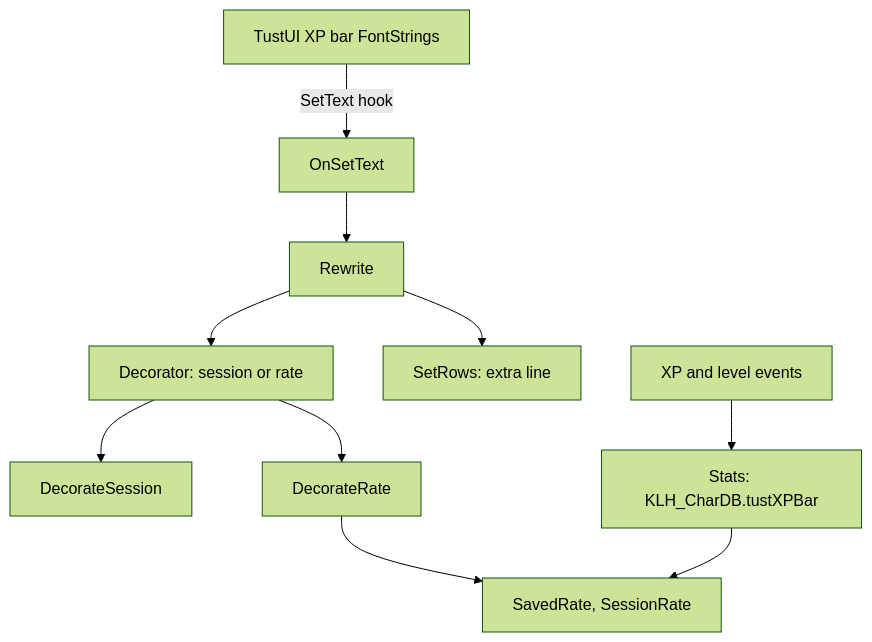
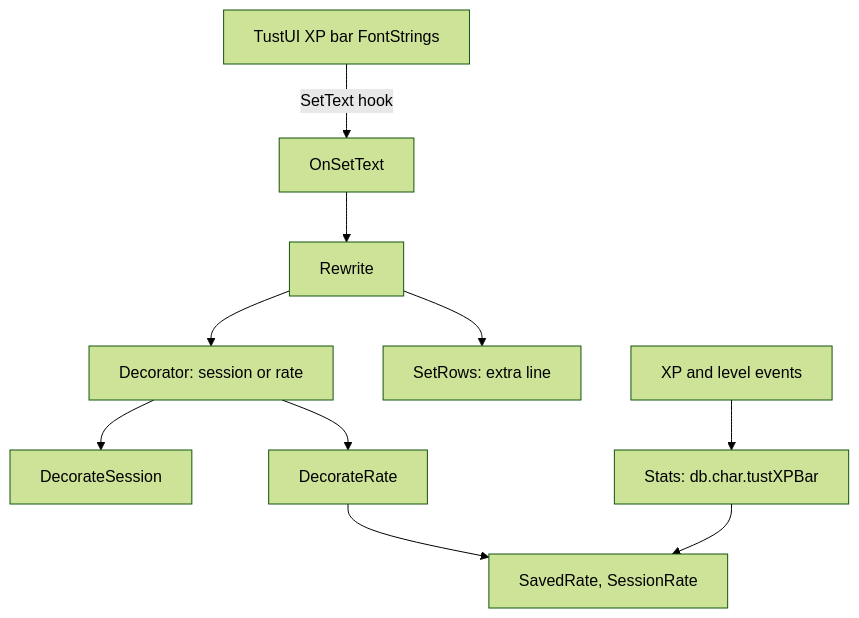
Before and after one commit to lkshrk/KlausisLittleHelpers: the diagram in docs/4. Deep Dive/TustUI XP Bar.md, drawn with Mermaid (forest theme). The commit also changed other lines of this file and 2 other files, not shown here.

Commit message:
fix: improve TustUI XP bar integration

````diff
--- a/docs/4. Deep Dive/TustUI XP Bar.md
+++ b/docs/4. Deep Dive/TustUI XP Bar.md
@@ -19,12 +19,12 @@
 ```mermaid
 graph TB
     TB["TustUI XP bar FontStrings"] -->|"SetText hook"| OS["OnSetText"]
     OS --> RW["Rewrite"]
     RW --> DEC["Decorator: session or rate"]
     DEC --> DS["DecorateSession"]
     DEC --> DR["DecorateRate"]
     DR --> SR["SavedRate, SessionRate"]
     RW --> SRW["SetRows: extra line"]
-    EV["XP and level events"] --> ST["Stats: KLH_CharDB.tustXPBar"]
+    EV["XP and level events"] --> ST["Stats: db.char.tustXPBar"]
     ST --> SR
 ```
````
